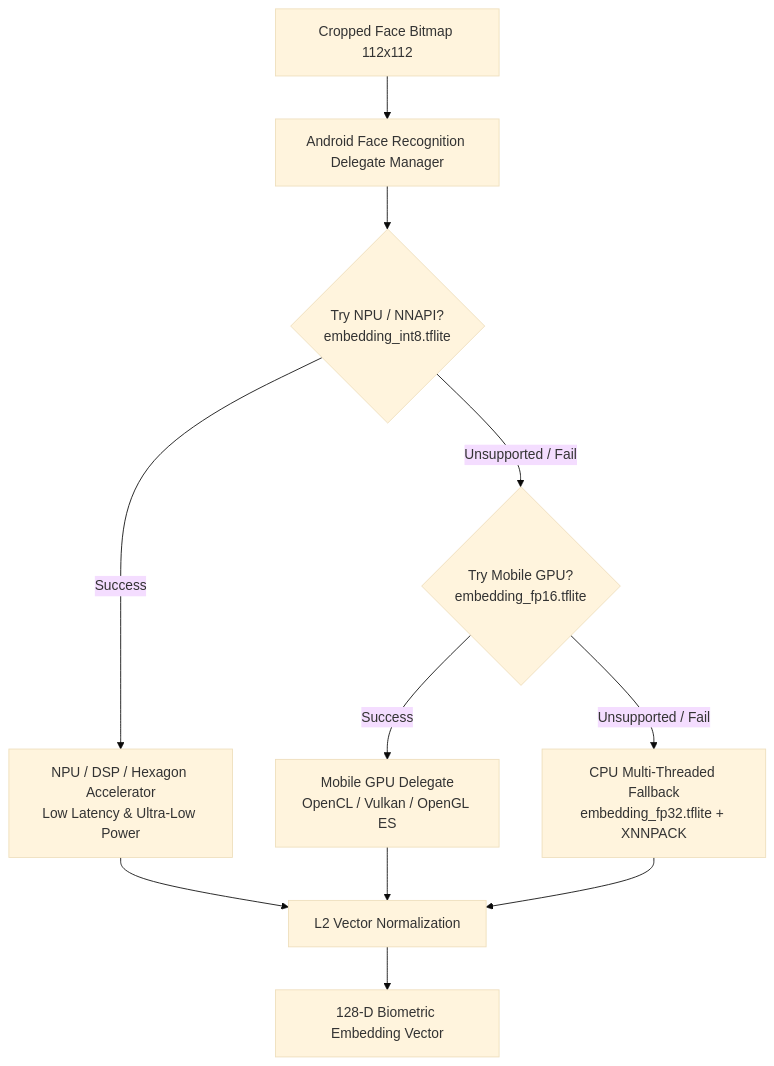
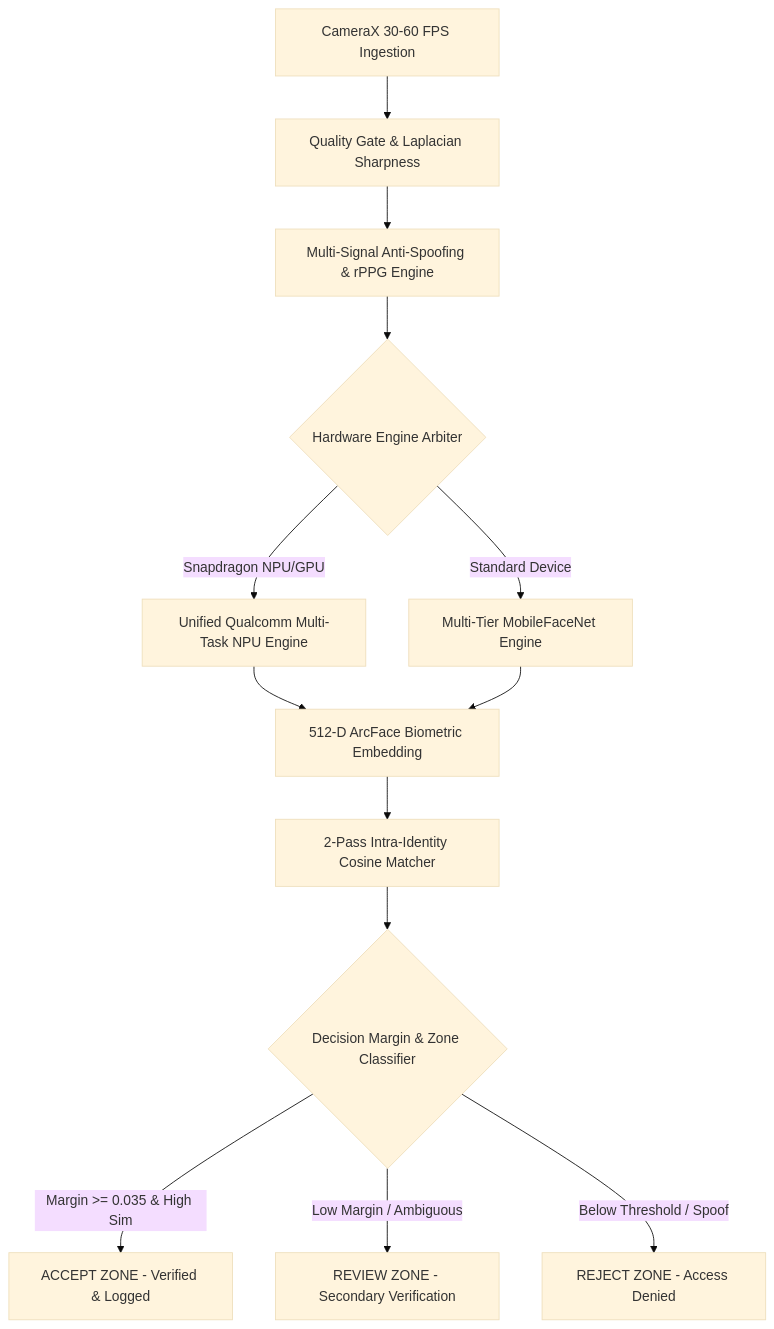
The diagram in README.md (preethamdev05/OmniFace-AI), drawn with Mermaid (base theme) before and after one commit. The commit also changed other lines of this file and 4 other files, not shown here.

````diff
--- a/README.md
+++ b/README.md
@@ -9,16 +25,19 @@
 ```mermaid
 graph TD
-    Input[Cropped Face Bitmap 112x112] --> DelegateMgr[Android Face Recognition Delegate Manager]
+    Camera[CameraX 30-60 FPS Ingestion] --> Quality[Quality Gate & Laplacian Sharpness]
+    Quality --> PAD[Multi-Signal Anti-Spoofing & rPPG Engine]
+    PAD --> Inference{Hardware Engine Arbiter}
     
-    DelegateMgr --> NPU_Check{Try NPU / NNAPI?<br/>embedding_int8.tflite}
-    NPU_Check -- Success --> NPU[NPU / DSP / Hexagon Accelerator<br/>Low Latency & Ultra-Low Power]
-    NPU_Check -- Unsupported / Fail --> GPU_Check{Try Mobile GPU?<br/>embedding_fp16.tflite}
+    Inference -->|Snapdragon NPU/GPU| Unified[Unified Qualcomm Multi-Task NPU Engine]
+    Inference -->|Standard Device| MobileNet[Multi-Tier MobileFaceNet Engine]
     
-    GPU_Check -- Success --> GPU[Mobile GPU Delegate<br/>OpenCL / Vulkan / OpenGL ES]
-    GPU_Check -- Unsupported / Fail --> CPU[CPU Multi-Threaded Fallback<br/>embedding_fp32.tflite + XNNPACK]
+    Unified --> Vector[512-D ArcFace Biometric Embedding]
+    MobileNet --> Vector
     
-    NPU --> L2Norm[L2 Vector Normalization]
-    GPU --> L2Norm
-    CPU --> L2Norm
-    L2Norm --> Output[128-D Biometric Embedding Vector]
+    Vector --> Matcher[2-Pass Intra-Identity Cosine Matcher]
+    Matcher --> Decision{Decision Margin & Zone Classifier}
+    
+    Decision -->|Margin >= 0.035 & High Sim| Accept[ACCEPT ZONE - Verified & Logged]
+    Decision -->|Low Margin / Ambiguous| Review[REVIEW ZONE - Secondary Verification]
+    Decision -->|Below Threshold / Spoof| Reject[REJECT ZONE - Access Denied]
 ```
````
